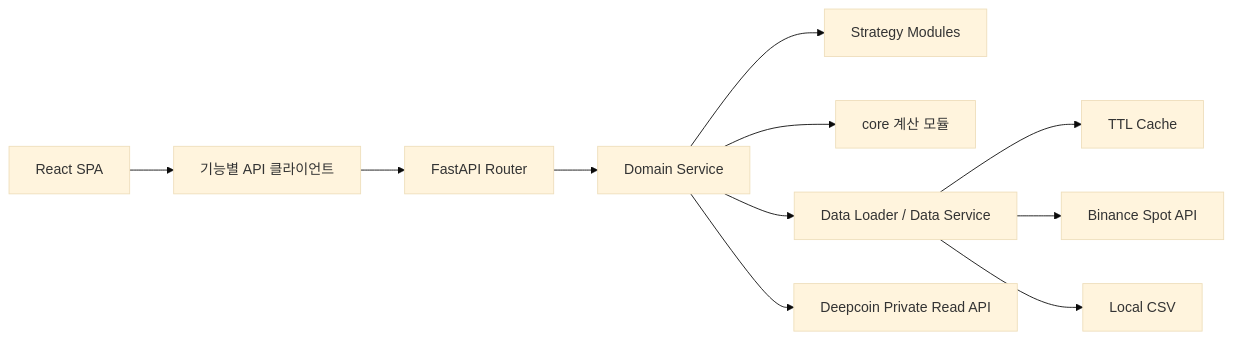
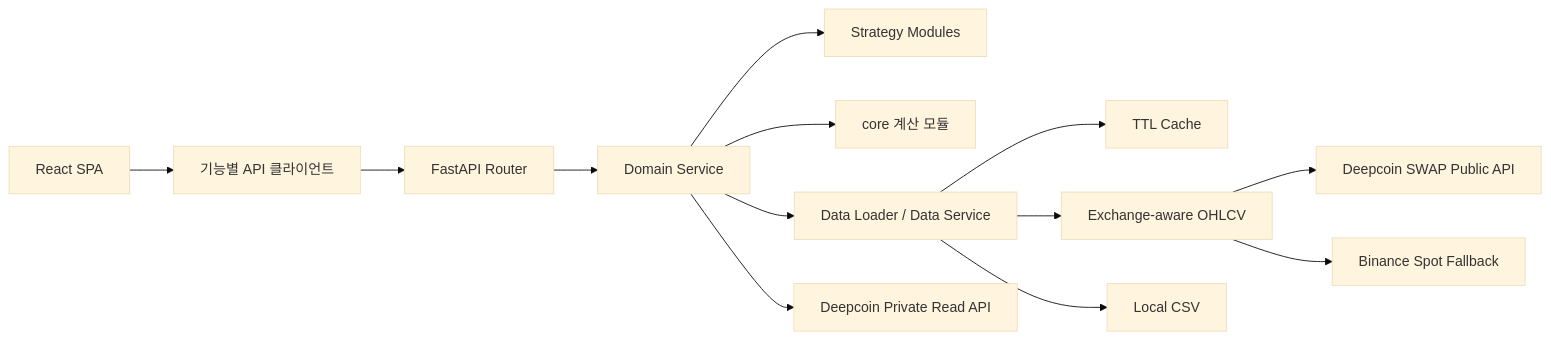
One commit to alfredcho91-ux/Quant-Lab changed the diagram in ARCHITECTURE.md. Above: the diagram before and after it, drawn with Mermaid (base theme). The commit also changed other lines of this file and 46 other files, not shown here.

````diff
--- a/ARCHITECTURE.md
+++ b/ARCHITECTURE.md
@@ -7,13 +7,15 @@
 ```mermaid
 flowchart LR
     UI[React SPA] --> API[기능별 API 클라이언트]
     API --> R[FastAPI Router]
     R --> S[Domain Service]
     S --> ST[Strategy Modules]
     S --> C[core 계산 모듈]
     S --> D[Data Loader / Data Service]
     D --> CACHE[TTL Cache]
-    D --> BINANCE[Binance Spot API]
+    D --> EXCHANGE[Exchange-aware OHLCV]
+    EXCHANGE --> DEEPCOIN_PUBLIC[Deepcoin SWAP Public API]
+    EXCHANGE --> BINANCE[Binance Spot Fallback]
     D --> CSV[Local CSV]
     S --> DEEPCOIN[Deepcoin Private Read API]
 ```
````
